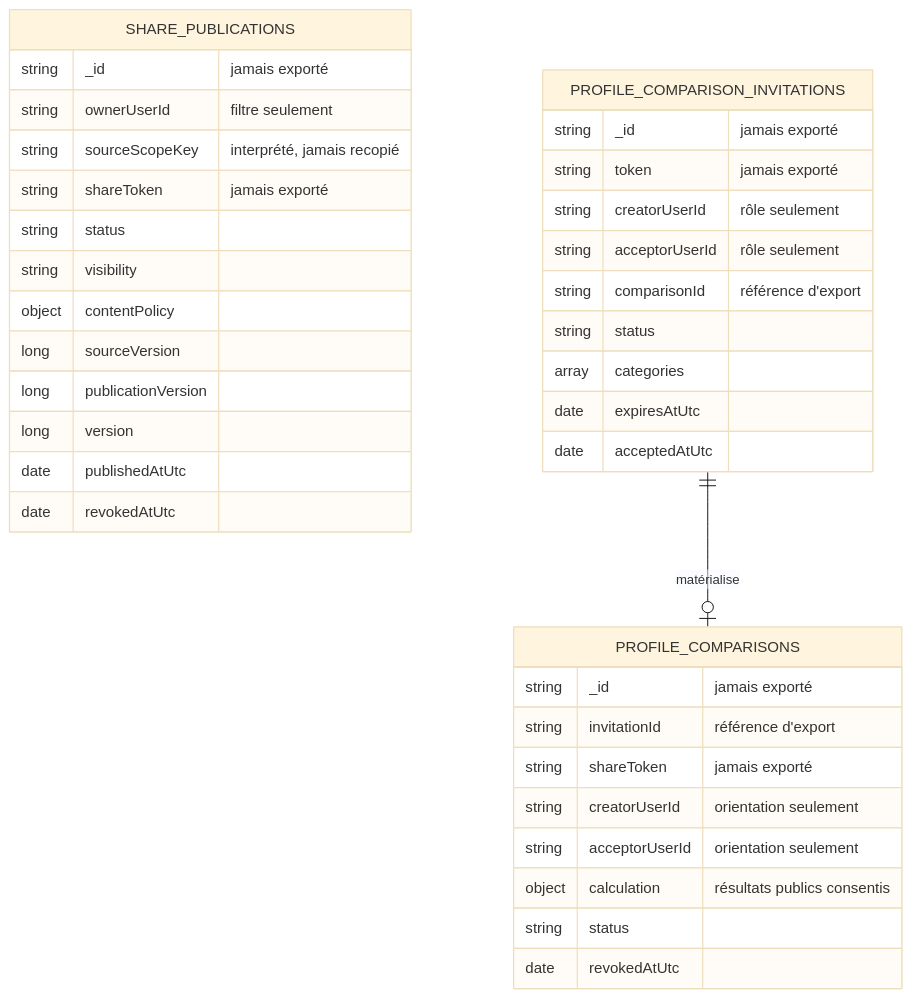
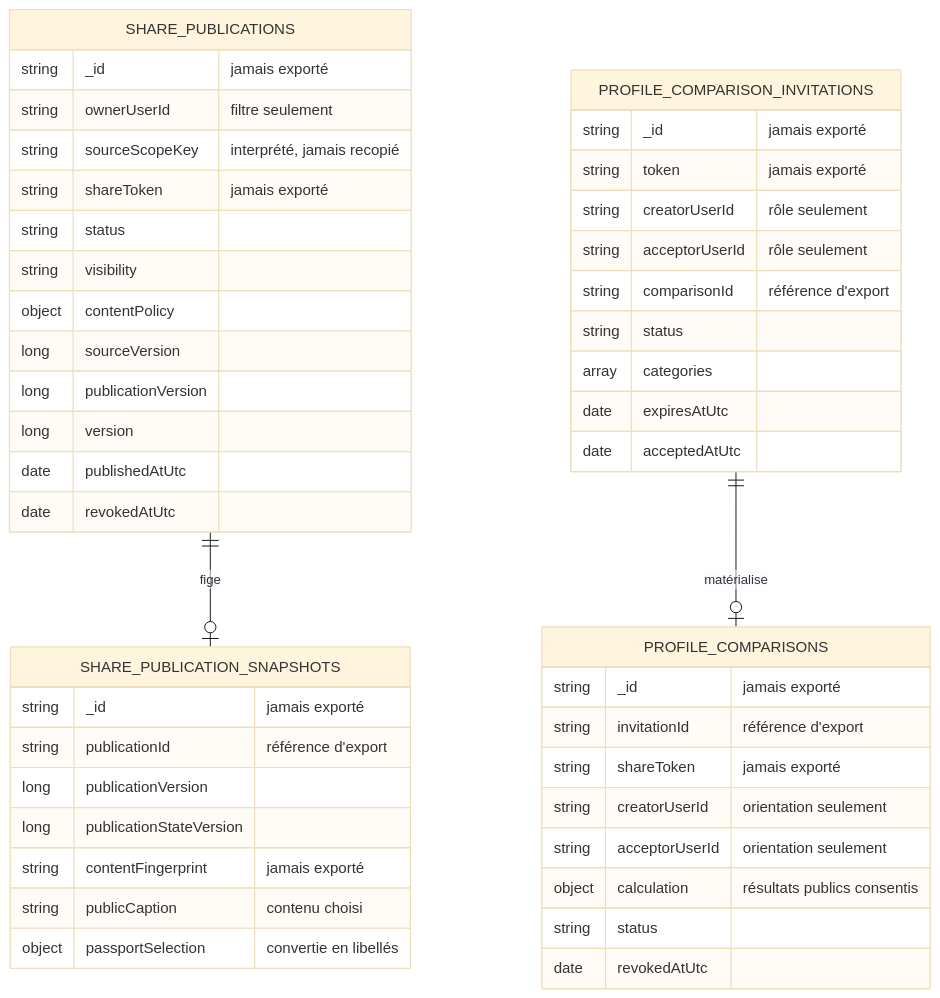
One commit to Ced59/AmusementParkProject changed the third of 3 diagrams in docs/architecture/product-growth-share-14a-passport-share-export-2026-09-13.md. Above: the diagram before and after it, drawn with Mermaid (base theme). The commit also changed other lines of this file and 6 other files, not shown here.

````diff
--- a/docs/architecture/product-growth-share-14a-passport-share-export-2026-09-13.md
+++ b/docs/architecture/product-growth-share-14a-passport-share-export-2026-09-13.md
@@ -100,40 +114,50 @@
 ```mermaid
 erDiagram
     SHARE_PUBLICATIONS {
       string _id "jamais exporté"
       string ownerUserId "filtre seulement"
       string sourceScopeKey "interprété, jamais recopié"
       string shareToken "jamais exporté"
       string status
       string visibility
       object contentPolicy
       long sourceVersion
       long publicationVersion
       long version
       date publishedAtUtc
       date revokedAtUtc
     }
     PROFILE_COMPARISON_INVITATIONS {
       string _id "jamais exporté"
       string token "jamais exporté"
       string creatorUserId "rôle seulement"
       string acceptorUserId "rôle seulement"
       string comparisonId "référence d'export"
       string status
       array categories
       date expiresAtUtc
       date acceptedAtUtc
     }
     PROFILE_COMPARISONS {
       string _id "jamais exporté"
       string invitationId "référence d'export"
       string shareToken "jamais exporté"
       string creatorUserId "orientation seulement"
       string acceptorUserId "orientation seulement"
       object calculation "résultats publics consentis"
       string status
       date revokedAtUtc
     }
+    SHARE_PUBLICATION_SNAPSHOTS {
+      string _id "jamais exporté"
+      string publicationId "référence d'export"
+      long publicationVersion
+      long publicationStateVersion
+      string contentFingerprint "jamais exporté"
+      string publicCaption "contenu choisi"
+      object passportSelection "convertie en libellés"
+    }
 
     PROFILE_COMPARISON_INVITATIONS ||--o| PROFILE_COMPARISONS : matérialise
+    SHARE_PUBLICATIONS ||--o| SHARE_PUBLICATION_SNAPSHOTS : fige
 ```
````
